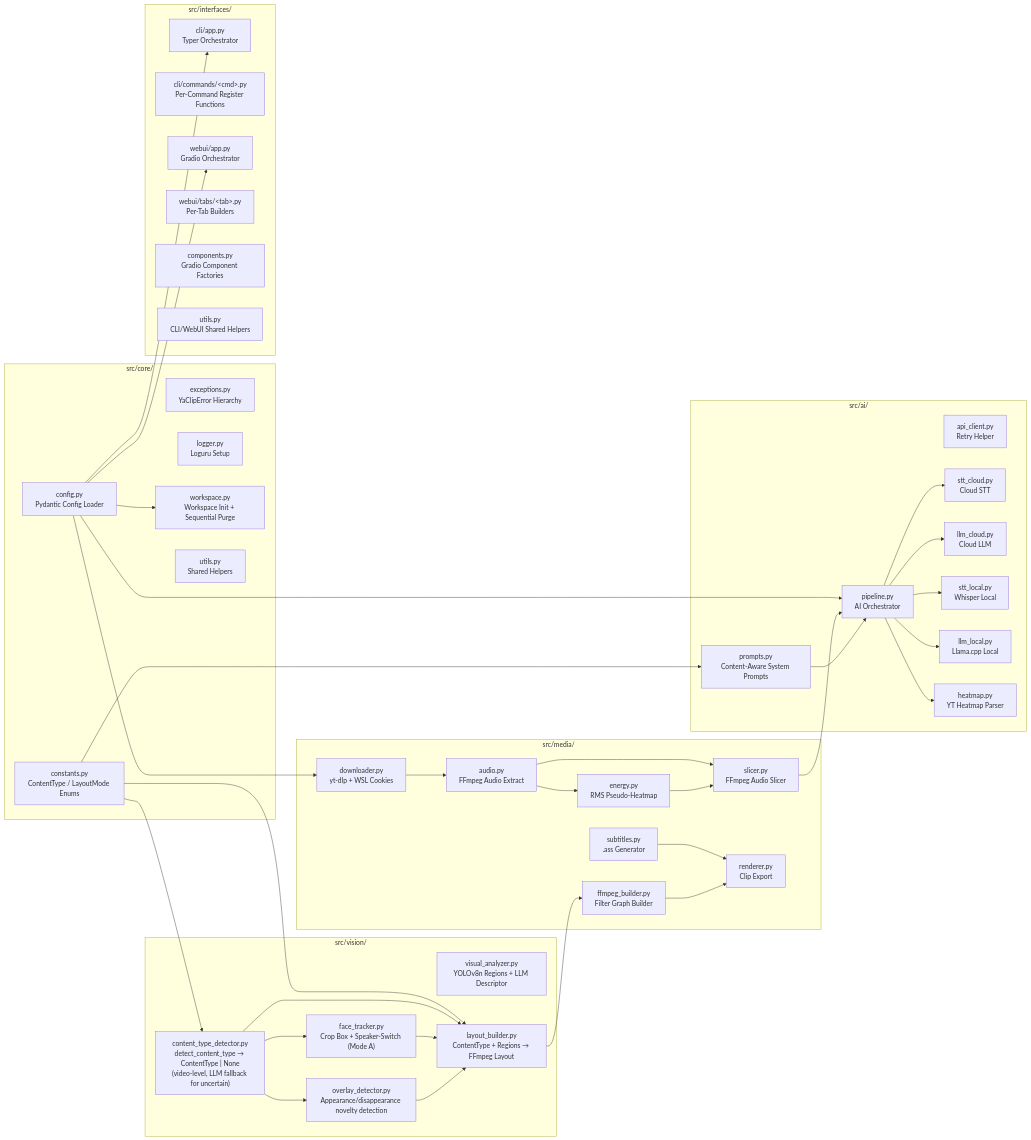
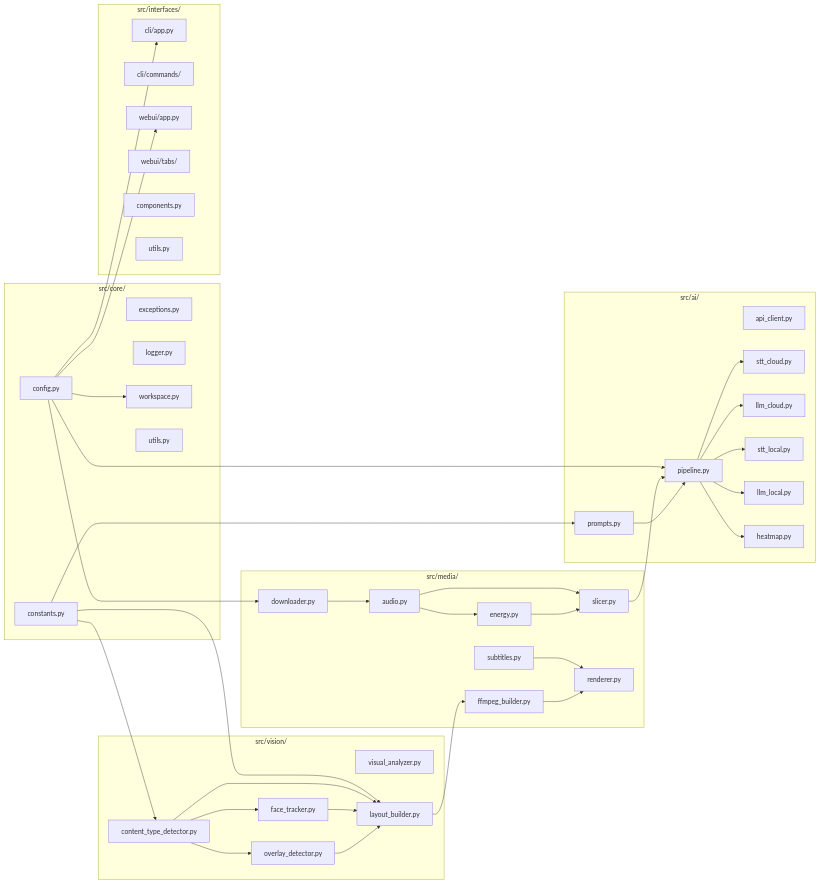
The diagram in docs/ARCHITECTURE.md (dimaskiddo/yaclip), drawn with Mermaid before and after one commit. The commit also changed other lines of this file and 3 other files, not shown here.

Commit message:
chore: update AGENTS.md and add docs ARCHITECTURE.md and WORKFLOWS.md

````diff
--- a/docs/ARCHITECTURE.md
+++ b/docs/ARCHITECTURE.md
@@ -13,81 +9,81 @@
 ```mermaid
 graph LR
     subgraph core["src/core/"]
-        Config["config.py<br/>Pydantic Config Loader"]
-        Constants["constants.py<br/>ContentType / LayoutMode Enums"]
-        Exceptions["exceptions.py<br/>YaClipError Hierarchy"]
-        Logger["logger.py<br/>Loguru Setup"]
-        Cache["workspace.py<br/>Workspace Init + Sequential Purge"]
-        Utils["utils.py<br/>Shared Helpers"]
+        Config["config.py"]
+        Constants["constants.py"]
+        Exceptions["exceptions.py"]
+        Logger["logger.py"]
+        Cache["workspace.py"]
+        Utils["utils.py"]
     end
 
     subgraph media["src/media/"]
-        Downloader["downloader.py<br/>yt-dlp + WSL Cookies"]
-        Audio["audio.py<br/>FFmpeg Audio Extract"]
-        Energy["energy.py<br/>RMS Pseudo-Heatmap"]
-        Slicer["slicer.py<br/>FFmpeg Audio Slicer"]
-        Subtitles["subtitles.py<br/>.ass Generator"]
-        FFBuilder["ffmpeg_builder.py<br/>Filter Graph Builder"]
-        Renderer["renderer.py<br/>Clip Export"]
+        Downloader["downloader.py"]
+        Audio["audio.py"]
+        Energy["energy.py"]
+        Slicer["slicer.py"]
+        Subtitles["subtitles.py"]
+        FFBuilder["ffmpeg_builder.py"]
+        Renderer["renderer.py"]
     end
 
     subgraph ai["src/ai/"]
-        Pipeline["pipeline.py<br/>AI Orchestrator"]
-        APIClient["api_client.py<br/>Retry Helper"]
-        STTCloud["stt_cloud.py<br/>Cloud STT"]
-        LLMCloud["llm_cloud.py<br/>Cloud LLM"]
-        LocalSTT["stt_local.py<br/>Whisper Local"]
-        LocalLLM["llm_local.py<br/>Llama.cpp Local"]
-        Heatmap["heatmap.py<br/>YT Heatmap Parser"]
-        Prompts["prompts.py<br/>Content-Aware System Prompts"]
+        Pipeline["pipeline.py"]
+        APIClient["api_client.py"]
+        STTCloud["stt_cloud.py"]
+        LLMCloud["llm_cloud.py"]
+        LocalSTT["stt_local.py"]
+        LocalLLM["llm_local.py"]
+        Heatmap["heatmap.py"]
+        Prompts["prompts.py"]
     end
 
     subgraph vision["src/vision/"]
-        VisualAnalyzer["visual_analyzer.py<br/>YOLOv8n Regions + LLM Descriptor"]
-        ContentDetector["content_type_detector.py<br/>detect_content_type → ContentType | None<br/>(video-level, LLM fallback for uncertain)"]
-        FaceTracker["face_tracker.py<br/>Crop Box + Speaker-Switch (Mode A)"]
-        LayoutBuilder["layout_builder.py<br/>ContentType + Regions → FFmpeg Layout"]
-        OverlayDetector["overlay_detector.py<br/>Appearance/disappearance novelty detection"]
+        VisualAnalyzer["visual_analyzer.py"]
+        ContentDetector["content_type_detector.py"]
+        FaceTracker["face_tracker.py"]
+        LayoutBuilder["layout_builder.py"]
+        OverlayDetector["overlay_detector.py"]
     end
 
     subgraph interfaces["src/interfaces/"]
-        CLIApp["cli/app.py<br/>Typer Orchestrator"]
-        CLICmds["cli/commands/&lt;cmd&gt;.py<br/>Per-Command Register Functions"]
-        WebUIApp["webui/app.py<br/>Gradio Orchestrator"]
-        WebUITabs["webui/tabs/&lt;tab&gt;.py<br/>Per-Tab Builders"]
-        Components["components.py<br/>Gradio Component Factories"]
-        IfUtils["utils.py<br/>CLI/WebUI Shared Helpers"]
+        CLIApp["cli/app.py"]
+        CLICmds["cli/commands/"]
+        WebUIApp["webui/app.py"]
+        WebUITabs["webui/tabs/"]
+        Components["components.py"]
+        IfUtils["utils.py"]
     end
 
     Config --> Pipeline
     Config --> Downloader
     Config --> CLIApp
     Config --> WebUIApp
     Config --> Cache
     Constants --> ContentDetector
     Constants --> LayoutBuilder
     Constants --> Prompts
 
     Downloader --> Audio
     Audio --> Energy
     Audio --> Slicer
     Energy --> Slicer
 
     Slicer --> Pipeline
     Pipeline --> STTCloud
     Pipeline --> LLMCloud
     Pipeline --> LocalSTT
     Pipeline --> LocalLLM
     Pipeline --> Heatmap
     Prompts --> Pipeline
 
     ContentDetector --> FaceTracker
     ContentDetector --> OverlayDetector
     ContentDetector --> LayoutBuilder
     FaceTracker --> LayoutBuilder
     OverlayDetector --> LayoutBuilder
 
     Subtitles --> Renderer
     LayoutBuilder --> FFBuilder
     FFBuilder --> Renderer
 ```
````
